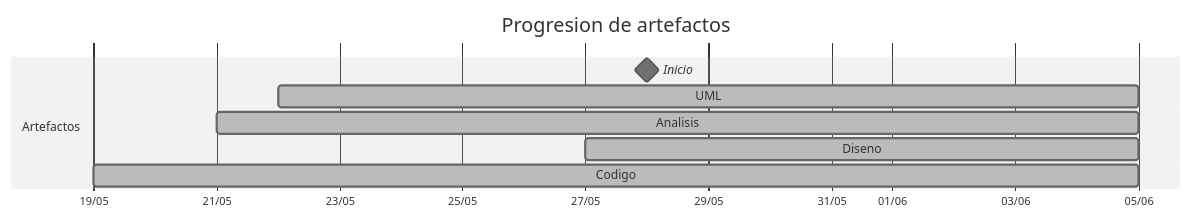
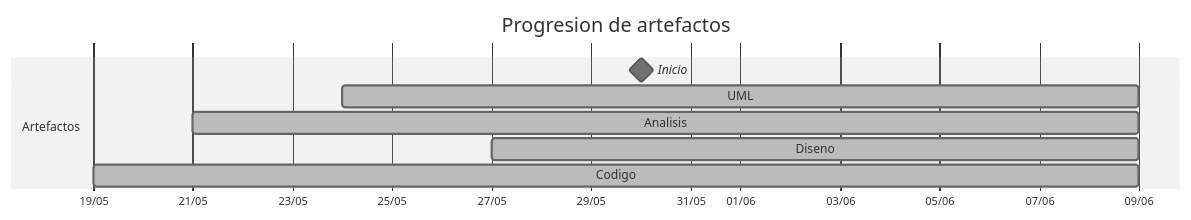
One commit to mmasias/25-26-idsw2-sdVC changed the diagram in TIMELINES/martinlopez7.md. Above: the diagram before and after it, drawn with Mermaid (neutral theme). The commit also changed other lines of this file and 7 other files, not shown here.

````diff
--- a/TIMELINES/martinlopez7.md
+++ b/TIMELINES/martinlopez7.md
@@ -22,12 +22,12 @@
 ```mermaid
 gantt
     title Progresion de artefactos
     dateFormat YYYY-MM-DD
     axisFormat %d/%m
     section Artefactos
-        Inicio       :milestone, 2026-05-28, 0d
-        UML          :done, 2026-05-22, 2026-06-05
-        Analisis     :done, 2026-05-21, 2026-06-05
-        Diseno       :done, 2026-05-27, 2026-06-05
-        Codigo       :done, 2026-05-19, 2026-06-05
+        Inicio       :milestone, 2026-05-30, 0d
+        UML          :done, 2026-05-24, 2026-06-09
+        Analisis     :done, 2026-05-21, 2026-06-09
+        Diseno       :done, 2026-05-27, 2026-06-09
+        Codigo       :done, 2026-05-19, 2026-06-09
 ```
````
